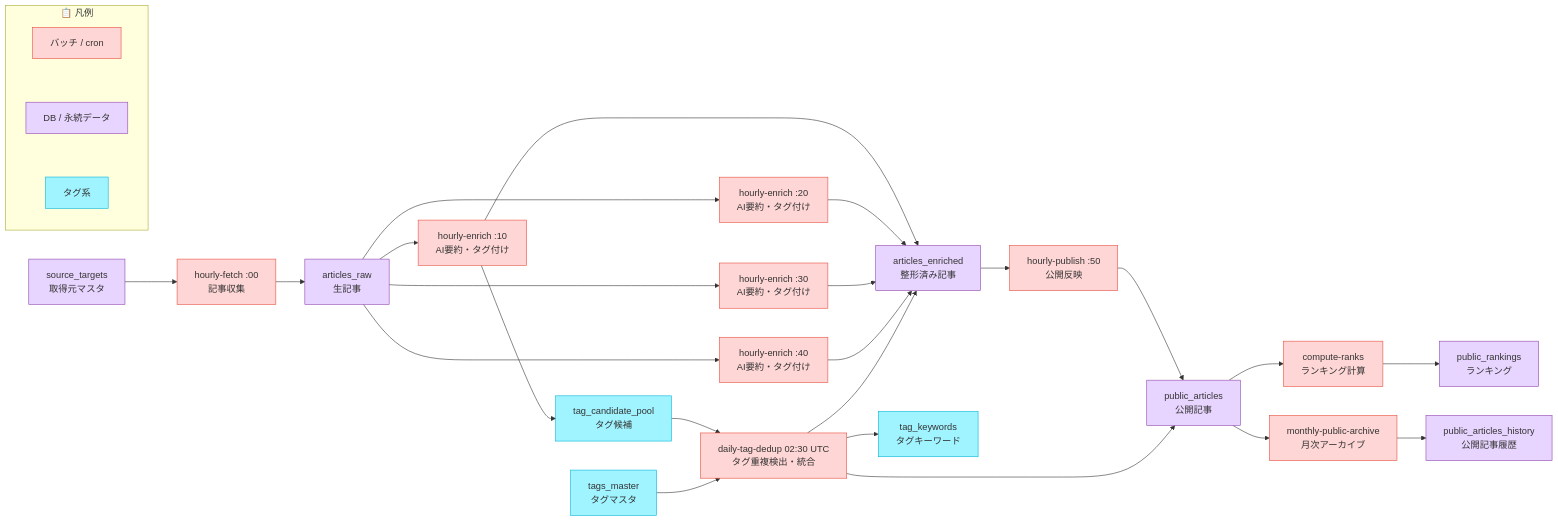
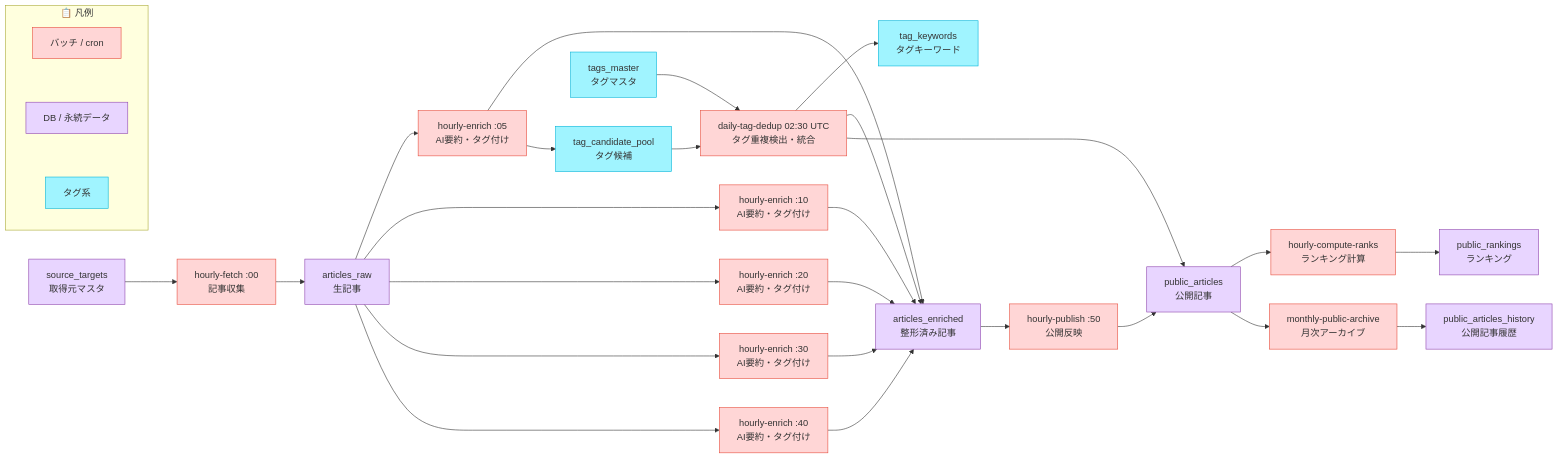
One commit to rohto4/ai-hub changed the fourth of 9 diagrams in docs/imp/flowchart.md. Above: the diagram before and after it, drawn with Mermaid. The commit also changed other lines of this file and 9 other files, not shown here.

````diff
--- a/docs/imp/flowchart.md
+++ b/docs/imp/flowchart.md
@@ -233,67 +233,69 @@
 ```mermaid
 flowchart LR
     classDef batch fill:#ffd6d6,stroke:#e74c3c,color:#333
     classDef db    fill:#e8d5ff,stroke:#8e44ad,color:#333
     classDef tag   fill:#a0f4ff,stroke:#00b4d8,color:#333
 
     subgraph 凡例["📋 凡例"]
         direction TB
         LB["バッチ / cron"]:::batch
         LD["DB / 永続データ"]:::db
         LT["タグ系"]:::tag
         LB ~~~ LD ~~~ LT
     end
 
     ST["source_targets
     取得元マスタ"]:::db
     L1["articles_raw
     生記事"]:::db
     L2["articles_enriched
     整形済み記事"]:::db
     L4["public_articles
     公開記事"]:::db
     L4H["public_articles_history
     公開記事履歴"]:::db
     R["public_rankings
     ランキング"]:::db
     TCP["tag_candidate_pool
     タグ候補"]:::tag
     TM["tags_master
     タグマスタ"]:::tag
     TK["tag_keywords
     タグキーワード"]:::tag
 
     Fetch["hourly-fetch :00
     記事収集"]:::batch
+    Enrich05["hourly-enrich :05
+    AI要約・タグ付け"]:::batch
     Enrich10["hourly-enrich :10
     AI要約・タグ付け"]:::batch
     Enrich20["hourly-enrich :20
     AI要約・タグ付け"]:::batch
     Enrich30["hourly-enrich :30
     AI要約・タグ付け"]:::batch
     Enrich40["hourly-enrich :40
     AI要約・タグ付け"]:::batch
     Publish["hourly-publish :50
     公開反映"]:::batch
-    Rank["compute-ranks
+    Rank["hourly-compute-ranks
     ランキング計算"]:::batch
     Archive["monthly-public-archive
     月次アーカイブ"]:::batch
     Dedup["daily-tag-dedup 02:30 UTC
     タグ重複検出・統合"]:::batch
 
     ST --> Fetch
     Fetch --> L1
-    L1 --> Enrich10 & Enrich20 & Enrich30 & Enrich40
-    Enrich10 & Enrich20 & Enrich30 & Enrich40 --> L2
-    Enrich10 --> TCP
+    L1 --> Enrich05 & Enrich10 & Enrich20 & Enrich30 & Enrich40
+    Enrich05 & Enrich10 & Enrich20 & Enrich30 & Enrich40 --> L2
+    Enrich05 --> TCP
     L2 --> Publish
     Publish --> L4
     L4 --> Rank --> R
     L4 --> Archive --> L4H
     TCP --> Dedup
     TM --> Dedup
     Dedup --> TK
     Dedup --> L2
     Dedup --> L4
 ```
````
